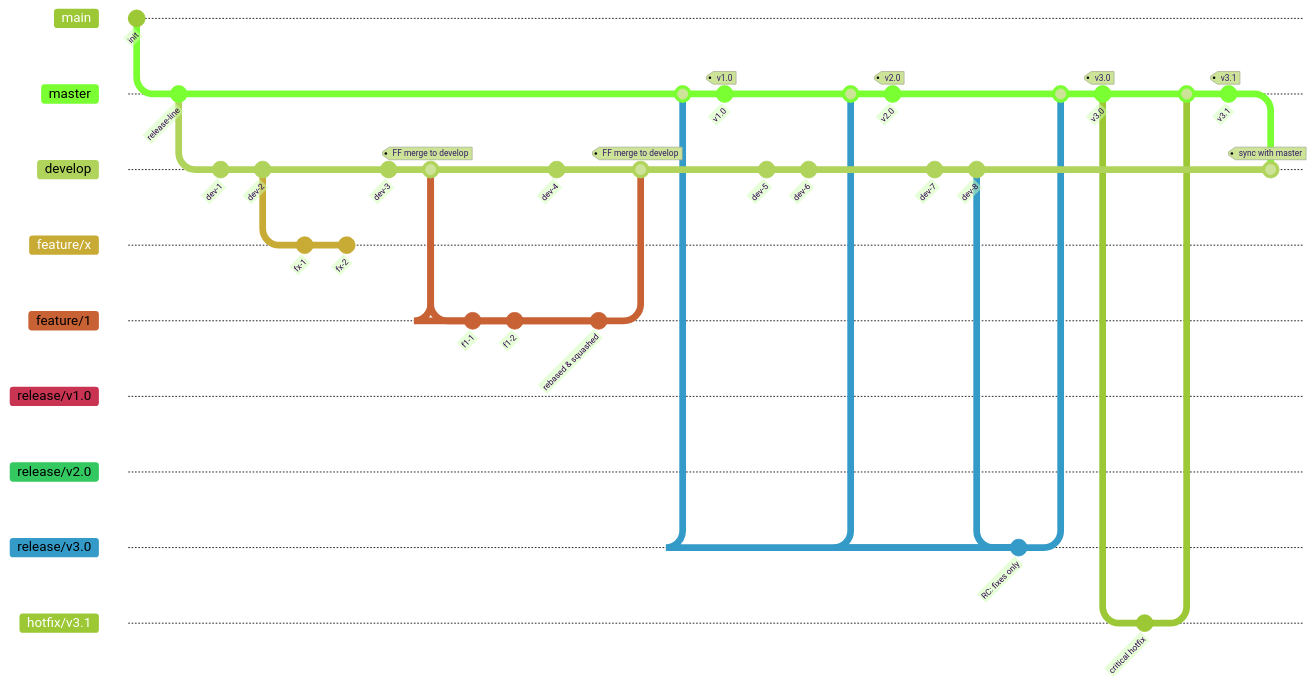
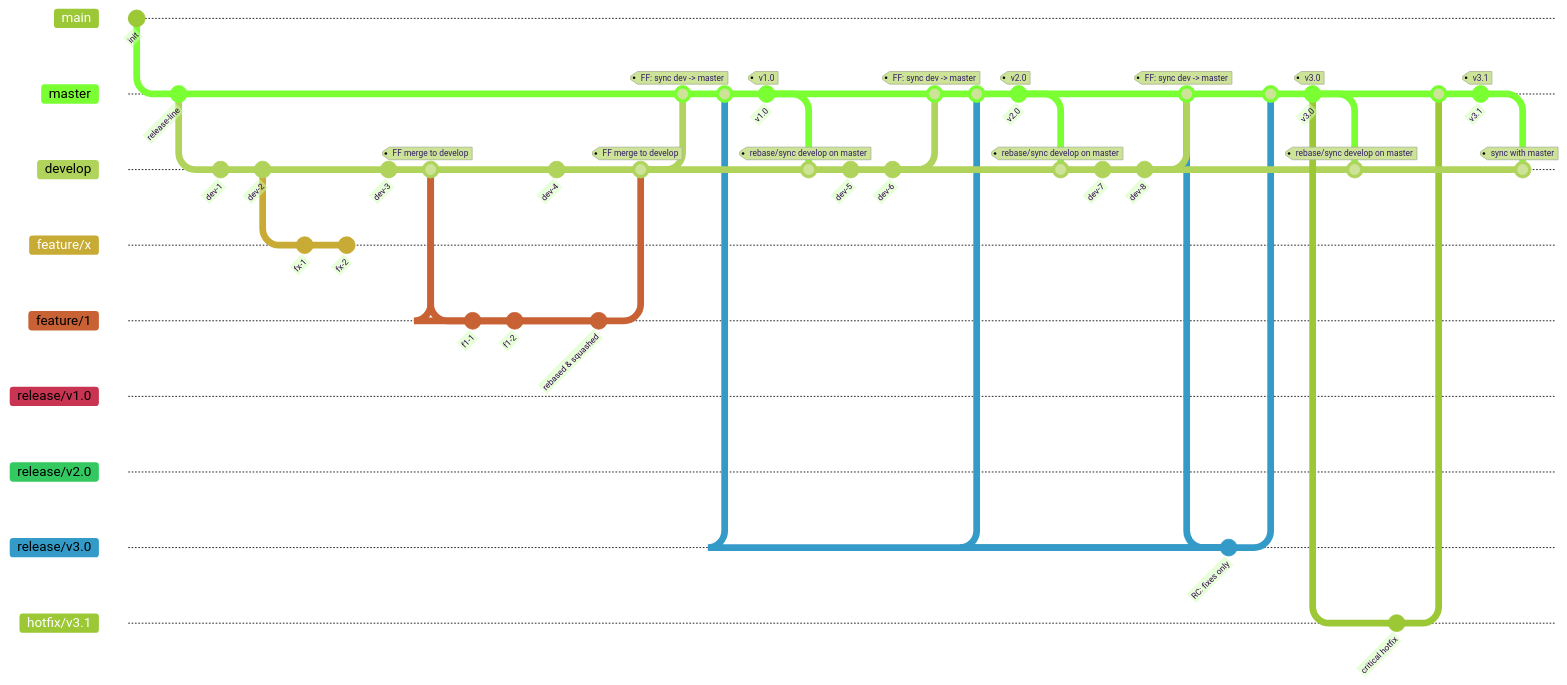
Before and after one commit to AnarManafov/GitWorkflow: the first of 3 diagrams in README.md, drawn with Mermaid (forest theme). The commit also changed other lines of this file, not shown here.

```diff
--- a/README.md
+++ b/README.md
@@ -155,6 +155,10 @@
   checkout develop
   merge feature/1 tag: "FF merge to develop"
 
+  %% Periodic FF sync: develop -> master before release
+  checkout master
+  merge develop tag: "FF: sync dev -> master"
+
   %% Release v1.0 (RC branch with fixes only)
   branch release/v1.0
   checkout release/v1.0
@@ -163,10 +167,16 @@
   merge release/v1.0
   commit id: "v1.0" tag: "v1.0"
 
+  %% Rebase develop on master after release
+  checkout develop
+  merge master tag: "rebase/sync develop on master"
+
   %% Next cycle leading to v2.0
   checkout develop
   commit id: "dev-5"
   commit id: "dev-6"
+  checkout master
+  merge develop tag: "FF: sync dev -> master"
   branch release/v2.0
   checkout release/v2.0
   commit id: "RC: fixes only"
@@ -174,16 +184,26 @@
   merge release/v2.0
   commit id: "v2.0" tag: "v2.0"
 
+  %% Rebase develop on master after release
+  checkout develop
+  merge master tag: "rebase/sync develop on master"
+
   %% Next cycle leading to v3.0
   checkout develop
   commit id: "dev-7"
   commit id: "dev-8"
+  checkout master
+  merge develop tag: "FF: sync dev -> master"
   branch release/v3.0
   checkout release/v3.0
   commit id: "RC: fixes only"
   checkout master
   merge release/v3.0
   commit id: "v3.0" tag: "v3.0"
+
+  %% Rebase develop on master after release
+  checkout develop
+  merge master tag: "rebase/sync develop on master"
 
   %% HotFix from v3.0 -> v3.1, then sync back to develop
   checkout master
```
